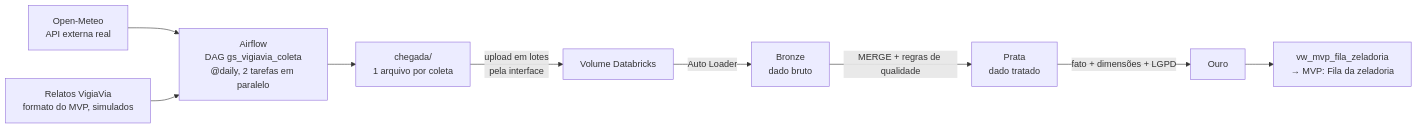
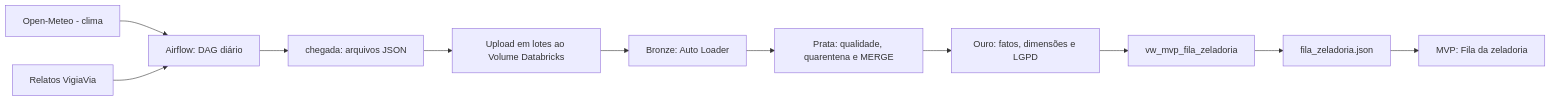
Before and after one commit to DPertel/VigiaVia-BIG: the diagram in README.md, drawn with Mermaid. The commit also changed other lines of this file, not shown here.

````diff
--- a/README.md
+++ b/README.md
@@ -27,11 +30,13 @@
 ```mermaid
 flowchart LR
-  A[Open-Meteo<br/>API externa real] --> C
-  B[Relatos VigiaVia<br/>formato do MVP, simulados] --> C
-  C[Airflow<br/>DAG gs_vigiavia_coleta<br/>@daily, 2 tarefas em paralelo] --> D[chegada/<br/>1 arquivo por coleta]
-  D -->|upload em lotes<br/>pela interface| E[Volume Databricks]
-  E -->|Auto Loader| F[Bronze<br/>dado bruto]
-  F -->|MERGE + regras de qualidade| G[Prata<br/>dado tratado]
-  G -->|fato + dimensões + LGPD| H[Ouro]
-  H --> I[vw_mvp_fila_zeladoria<br/>→ MVP: Fila da zeladoria]
+  A[Open-Meteo - clima] --> C[Airflow: DAG diário]
+  B[Relatos VigiaVia] --> C
+  C --> D[chegada: arquivos JSON]
+  D --> E[Upload em lotes ao Volume Databricks]
+  E --> F[Bronze: Auto Loader]
+  F --> G[Prata: qualidade, quarentena e MERGE]
+  G --> H[Ouro: fatos, dimensões e LGPD]
+  H --> I[vw_mvp_fila_zeladoria]
+  I --> J[fila_zeladoria.json]
+  J --> K[MVP: Fila da zeladoria]
 ```
````
